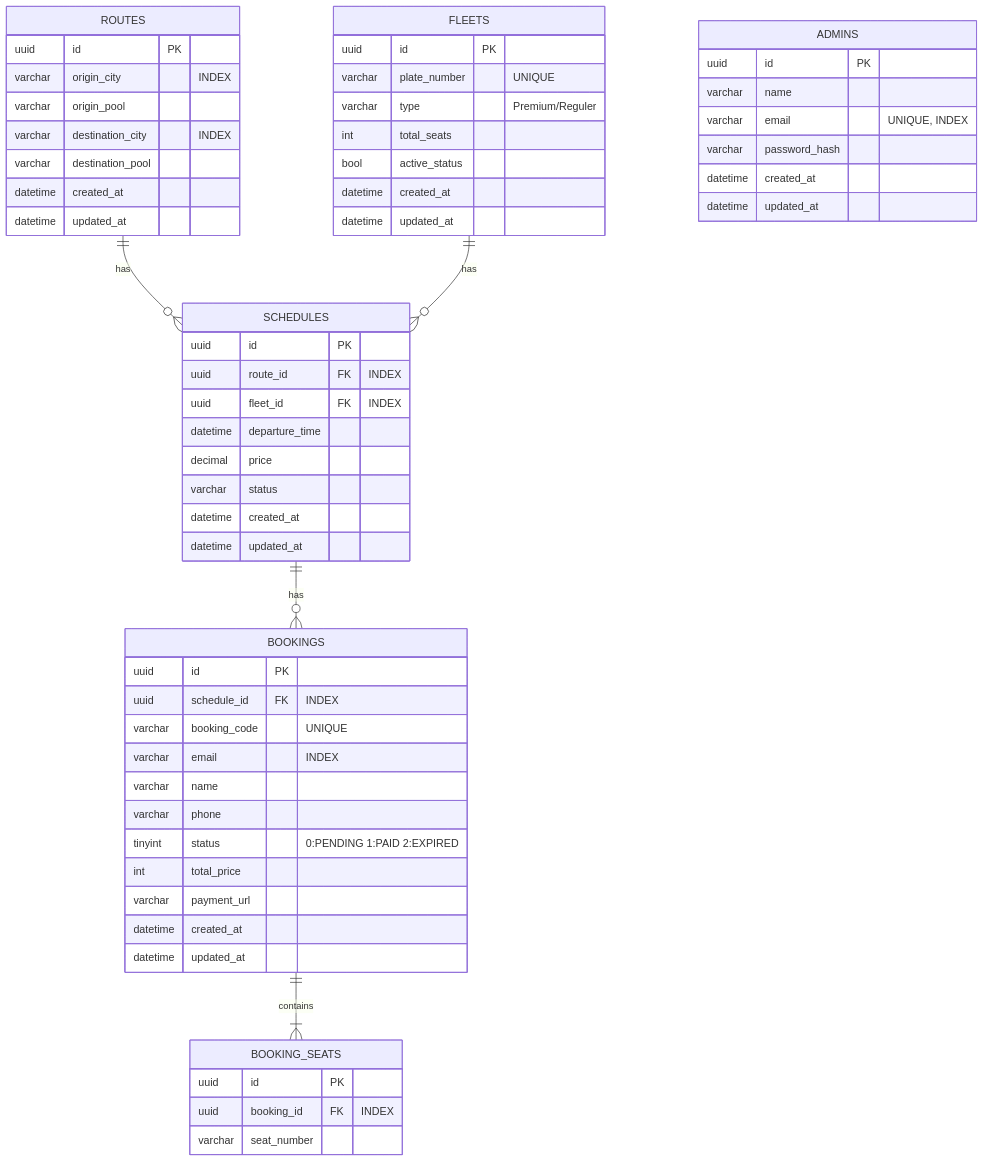
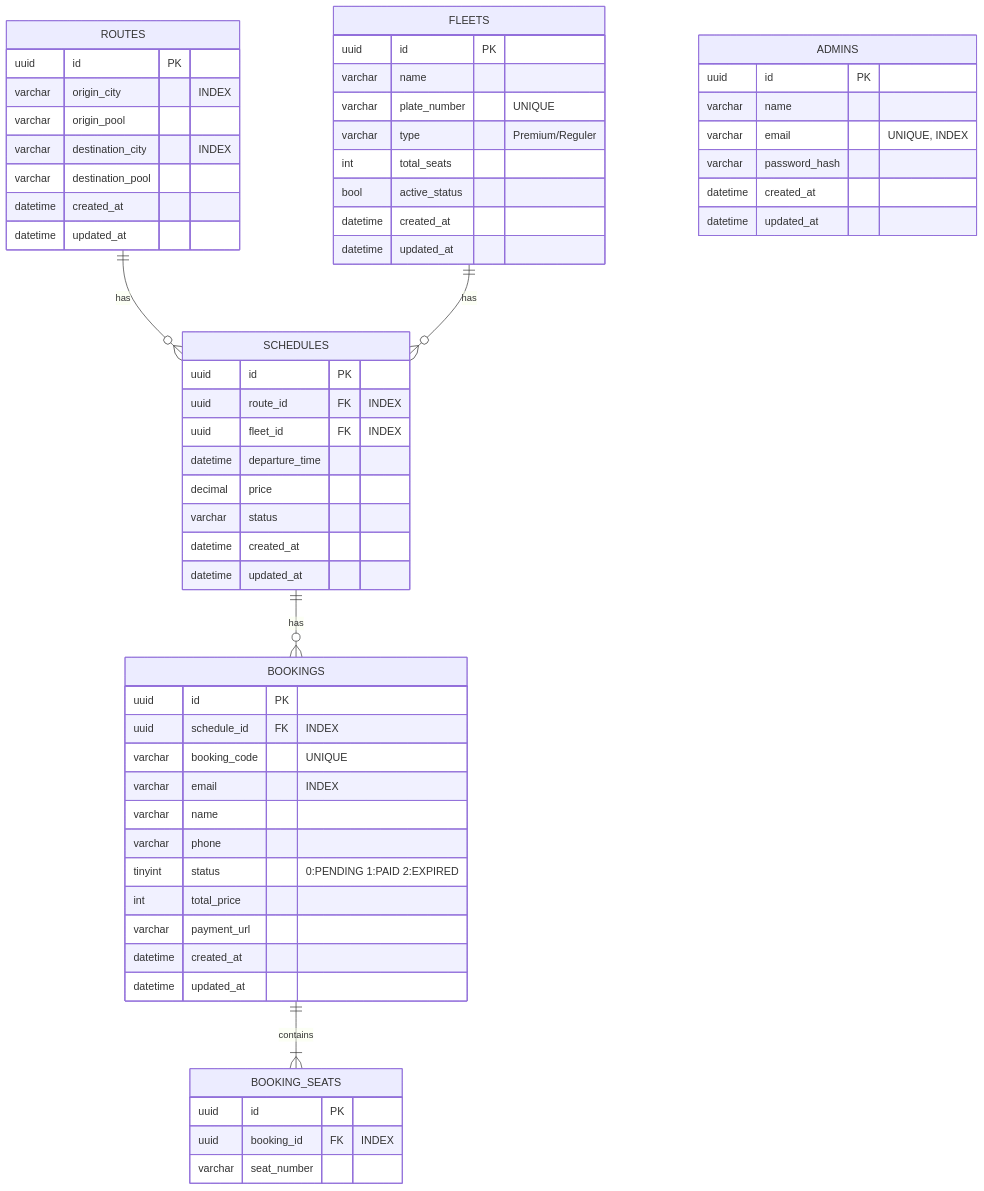
The second of 3 diagrams in README.md (marifyahya/mesenshuttle), drawn with Mermaid before and after one commit. The commit also changed other lines of this file and 9 other files, not shown here.

````diff
--- a/README.md
+++ b/README.md
@@ -67,62 +68,63 @@
 ```mermaid
 erDiagram
     ROUTES ||--o{ SCHEDULES : "has"
     FLEETS ||--o{ SCHEDULES : "has"
     SCHEDULES ||--o{ BOOKINGS : "has"
     BOOKINGS ||--|{ BOOKING_SEATS : "contains"
 
     ADMINS {
         uuid id PK
         varchar name
         varchar email "UNIQUE, INDEX"
         varchar password_hash
         datetime created_at
         datetime updated_at
     }
     ROUTES {
         uuid id PK
         varchar origin_city "INDEX"
         varchar origin_pool
         varchar destination_city "INDEX"
         varchar destination_pool
         datetime created_at
         datetime updated_at
     }
     FLEETS {
         uuid id PK
+        varchar name
         varchar plate_number "UNIQUE"
         varchar type "Premium/Reguler"
         int total_seats
         bool active_status
         datetime created_at
         datetime updated_at
     }
     SCHEDULES {
         uuid id PK
         uuid route_id FK "INDEX"
         uuid fleet_id FK "INDEX"
         datetime departure_time
         decimal price
         varchar status
         datetime created_at
         datetime updated_at
     }
     BOOKINGS {
         uuid id PK
         uuid schedule_id FK "INDEX"
         varchar booking_code "UNIQUE"
         varchar email "INDEX"
         varchar name
         varchar phone
         tinyint status "0:PENDING 1:PAID 2:EXPIRED"
         int total_price
         varchar payment_url
         datetime created_at
         datetime updated_at
     }
     BOOKING_SEATS {
         uuid id PK
         uuid booking_id FK "INDEX"
         varchar seat_number
     }
 ```
````
